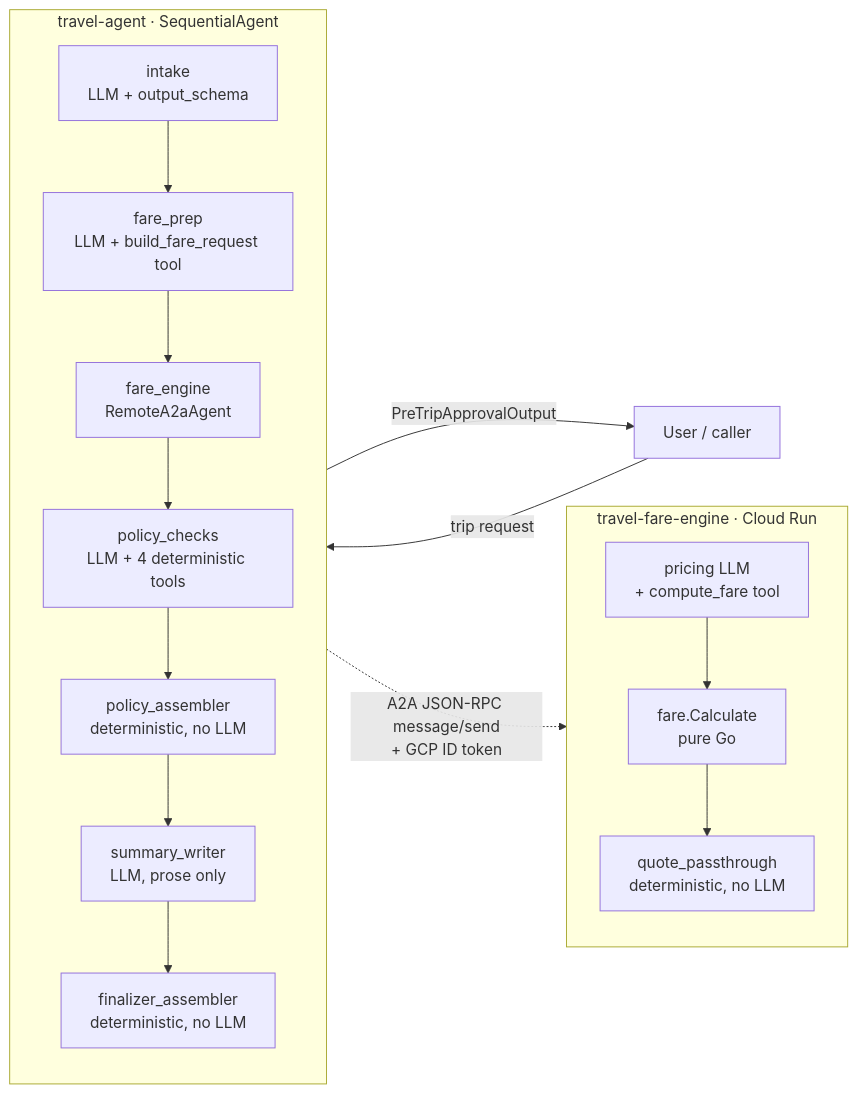
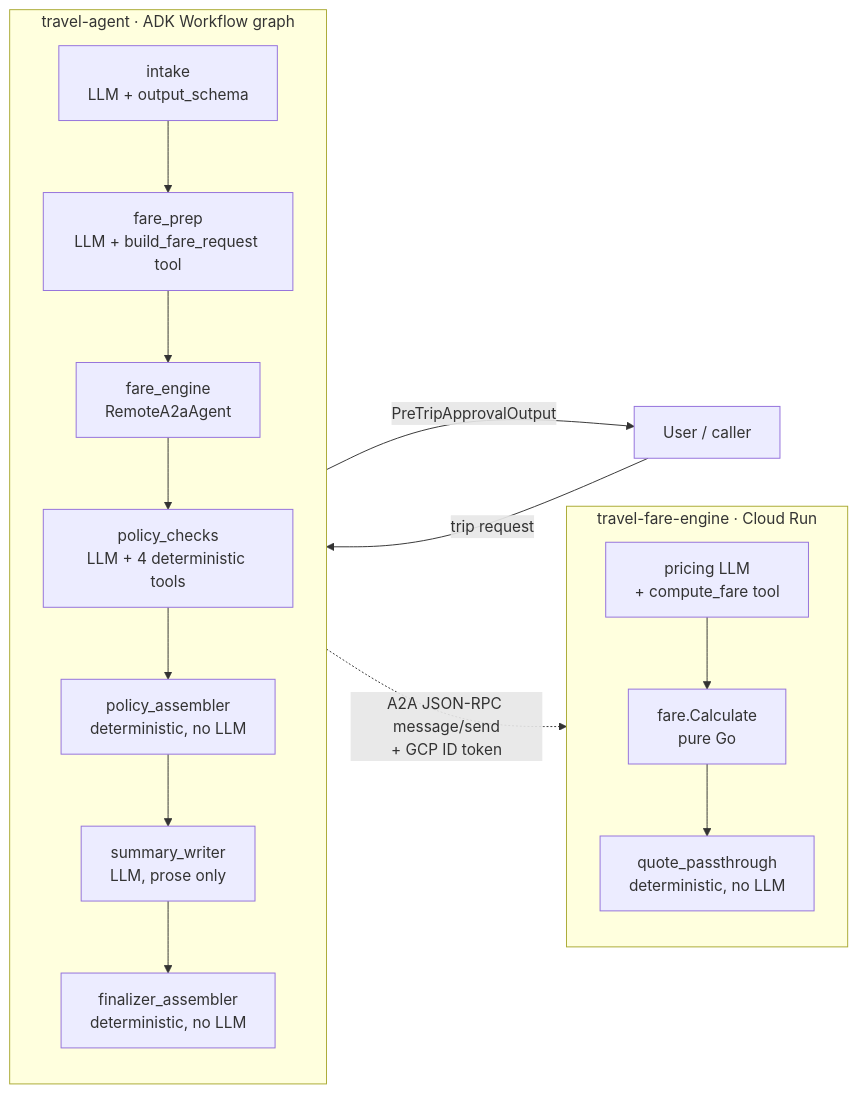
One commit to yakyetilabs/travel-agent changed the diagram in docs/ARCHITECTURE.md. Above: the diagram before and after it, drawn with Mermaid. The commit also changed other lines of this file and 5 other files, not shown here.

First line of the commit message:
docs: align reader docs with the final architecture

````diff
--- a/docs/ARCHITECTURE.md
+++ b/docs/ARCHITECTURE.md
@@ -18,24 +18,24 @@
 ```mermaid
 flowchart LR
     U[User / caller] -->|trip request| ORCH
 
-    subgraph ORCH[travel-agent  ·  SequentialAgent]
+    subgraph ORCH[travel-agent  ·  ADK Workflow graph]
         direction TB
         I[intake<br/>LLM + output_schema] --> FP[fare_prep<br/>LLM + build_fare_request tool]
         FP --> FE[fare_engine<br/>RemoteA2aAgent]
         FE --> PC[policy_checks<br/>LLM + 4 deterministic tools]
         PC --> PA[policy_assembler<br/>deterministic, no LLM]
         PA --> SW[summary_writer<br/>LLM, prose only]
         SW --> FA[finalizer_assembler<br/>deterministic, no LLM]
     end
 
     FE -.->|A2A JSON-RPC message/send<br/>+ GCP ID token| ENGINE
 
     subgraph ENGINE[travel-fare-engine  ·  Cloud Run]
         direction TB
         PR[pricing LLM<br/>+ compute_fare tool] --> CALC[fare.Calculate<br/>pure Go]
         CALC --> FMT[quote_passthrough<br/>deterministic, no LLM]
     end
 
     FA -->|PreTripApprovalOutput| U
 ```
````
